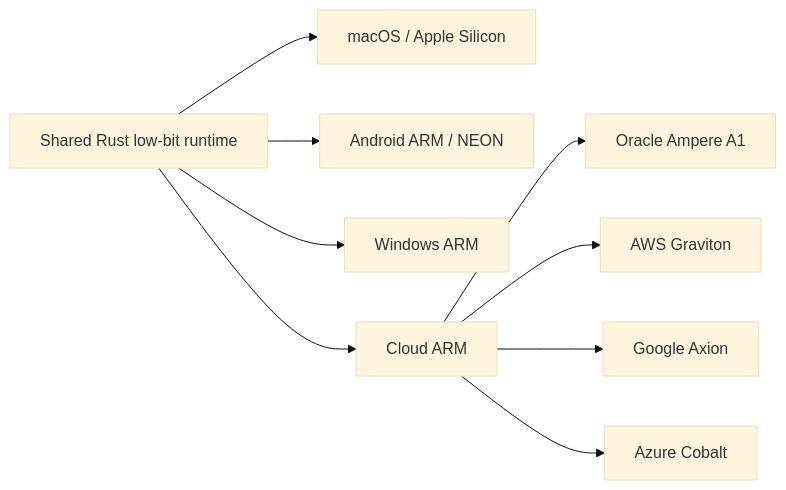
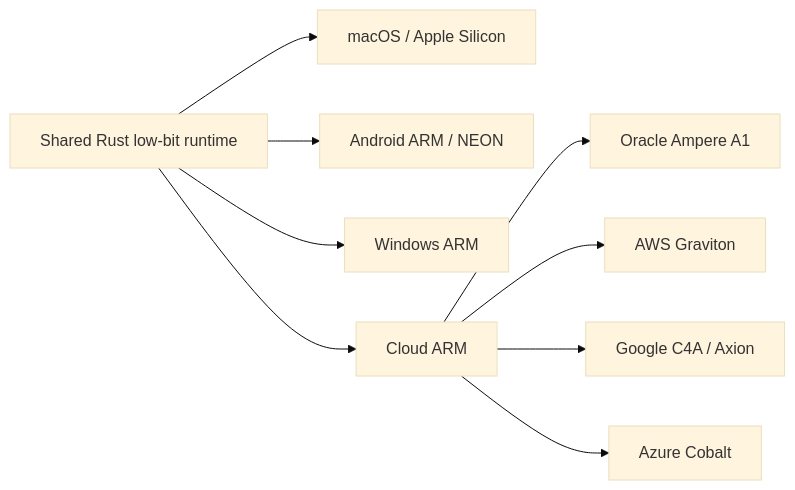
Before and after one commit to voloshko/sram-attention-pitch: the fifth of 8 diagrams in README.md, drawn with Mermaid (base theme). The commit also changed other lines of this file, not shown here.

Commit message:
docs: add Google Axion proof point

````diff
--- a/README.md
+++ b/README.md
@@ -130,11 +133,11 @@
 ```mermaid
 flowchart LR
     Core["Shared Rust low-bit runtime"] --> Mac["macOS / Apple Silicon"]
     Core --> Android["Android ARM / NEON"]
     Core --> Win["Windows ARM"]
     Core --> Cloud["Cloud ARM"]
     Cloud --> Oracle["Oracle Ampere A1"]
     Cloud --> AWS["AWS Graviton"]
-    Cloud --> Google["Google Axion"]
+    Cloud --> Google["Google C4A / Axion"]
     Cloud --> Azure["Azure Cobalt"]
 ```
````
